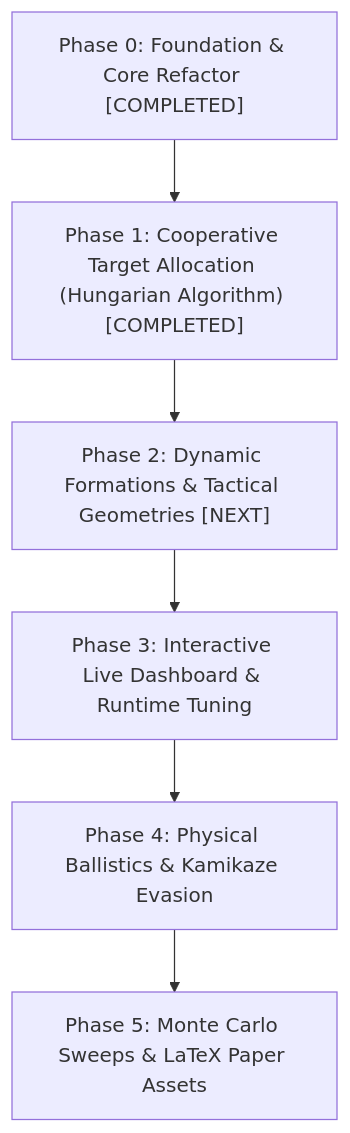
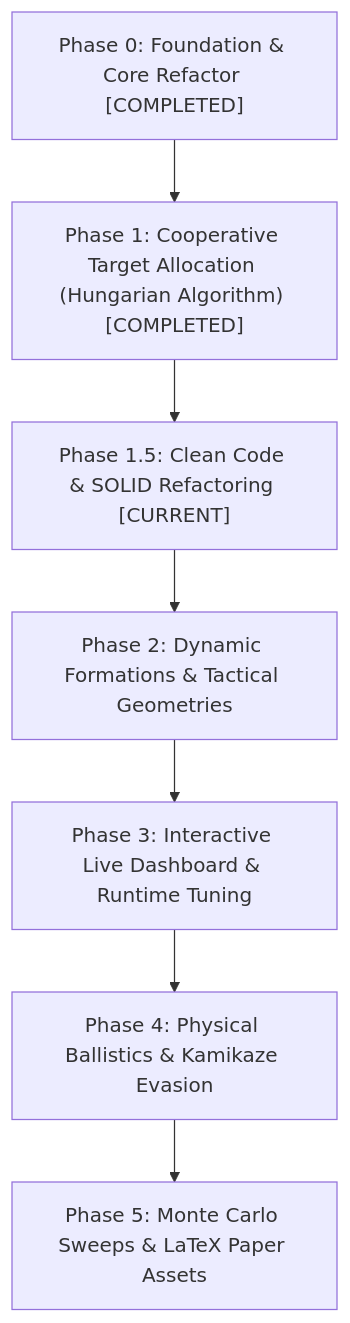
One commit to luizgiacomossi/Simulation_Wingman changed the diagram in ROADMAP.md. Above: the diagram before and after it, drawn with Mermaid. The commit also changed other lines of this file, not shown here.

Commit message:
docs: add Phase 1.5 Clean Code & SOLID refactoring milestone to roadmap

````diff
--- a/ROADMAP.md
+++ b/ROADMAP.md
@@ -9,8 +9,9 @@
 ```mermaid
 flowchart TD
     P0["Phase 0: Foundation & Core Refactor [COMPLETED]"] --> P1["Phase 1: Cooperative Target Allocation (Hungarian Algorithm) [COMPLETED]"]
-    P1 --> P2["Phase 2: Dynamic Formations & Tactical Geometries [NEXT]"]
+    P1 --> P1_5["Phase 1.5: Clean Code & SOLID Refactoring [CURRENT]"]
+    P1_5 --> P2["Phase 2: Dynamic Formations & Tactical Geometries"]
     P2 --> P3["Phase 3: Interactive Live Dashboard & Runtime Tuning"]
     P3 --> P4["Phase 4: Physical Ballistics & Kamikaze Evasion"]
     P4 --> P5["Phase 5: Monte Carlo Sweeps & LaTeX Paper Assets"]
 ```
````
